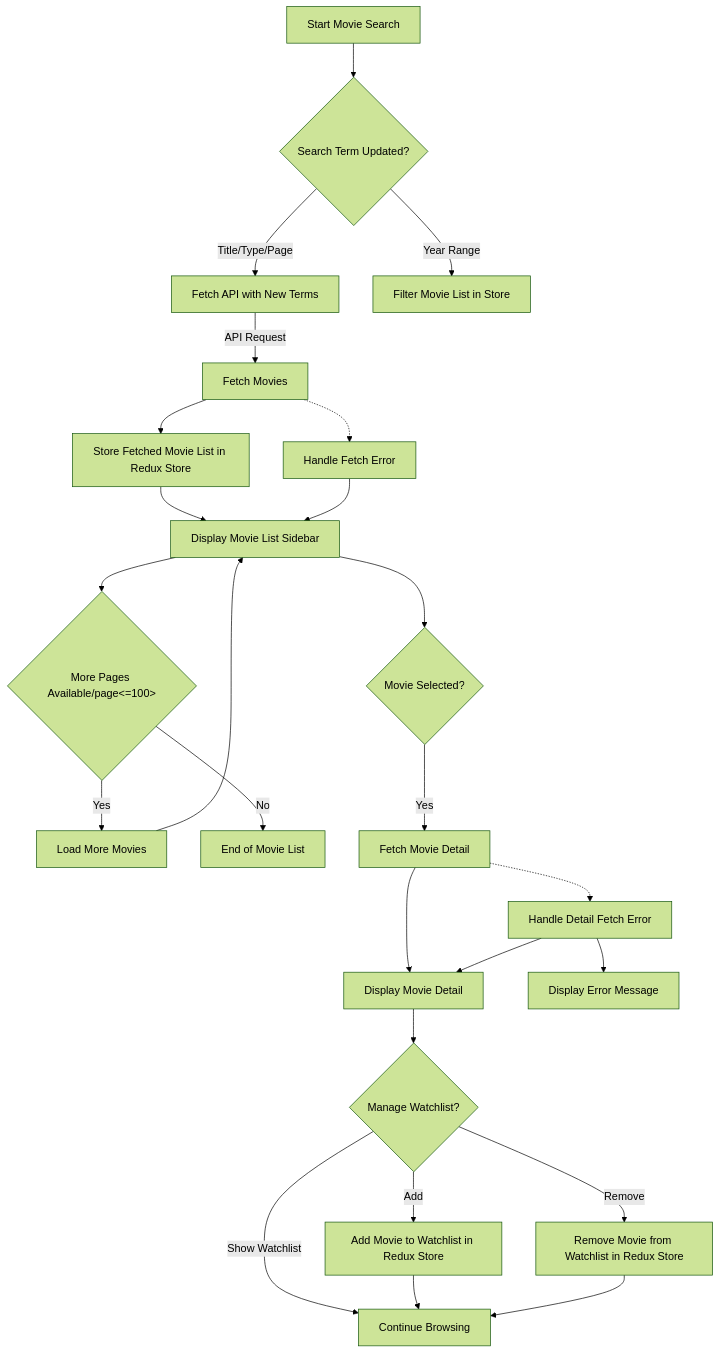
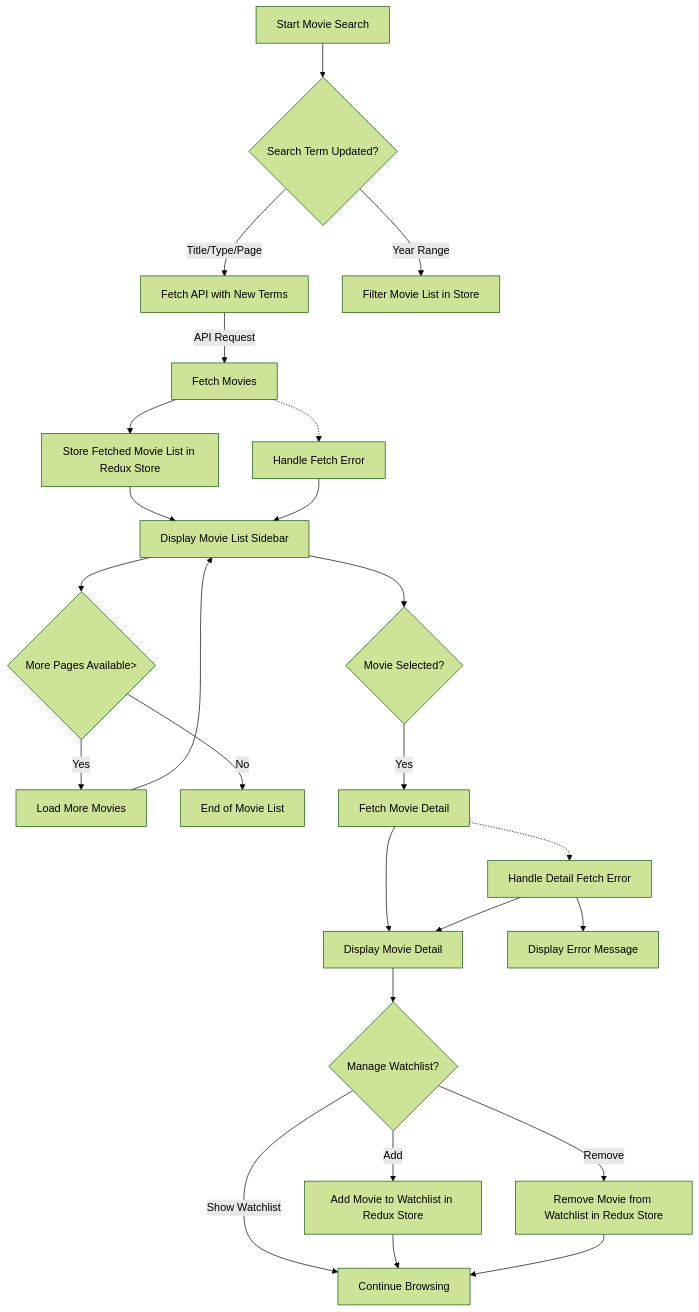
Before and after one commit to Claudia0805/ombd-Aligent-project: the diagram in README.md, drawn with Mermaid (forest theme). The commit also changed 17 other files, not shown here.

````diff
--- a/README.md
+++ b/README.md
@@ -50,27 +50,27 @@
 ```mermaid
 flowchart TD
     A[Start Movie Search] --> B{Search Term Updated?}
     B -->|Title/Type/Page| C[Fetch API with New Terms]
     B -->|Year Range| D[Filter Movie List in Store]
     C -->|API Request| E[Fetch Movies]
     E --> F[Store Fetched Movie List in Redux Store]
     F --> G[Display Movie List Sidebar]
-    G --> H{More Pages Available/page<=100>}
+    G --> H{More Pages Available>}
     H -->|Yes| I[Load More Movies]
     H -->|No| J[End of Movie List]
     I --> G
     G --> K{Movie Selected?}
     K -->|Yes| L[Fetch Movie Detail]
     L --> M[Display Movie Detail]
     E -.-> N[Handle Fetch Error]
     L -.-> O[Handle Detail Fetch Error]
     N --> G
     O --> M
     O --> Q[Display Error Message]
     M --> P{Manage Watchlist?}
     P -->|Add| R[Add Movie to Watchlist in Redux Store]
     P -->|Remove| T[Remove Movie from Watchlist in Redux Store]
     P -->|Show Watchlist| S[Continue Browsing]
     R --> S[Continue Browsing]
     T --> S[Continue Browsing]
 ```
````
